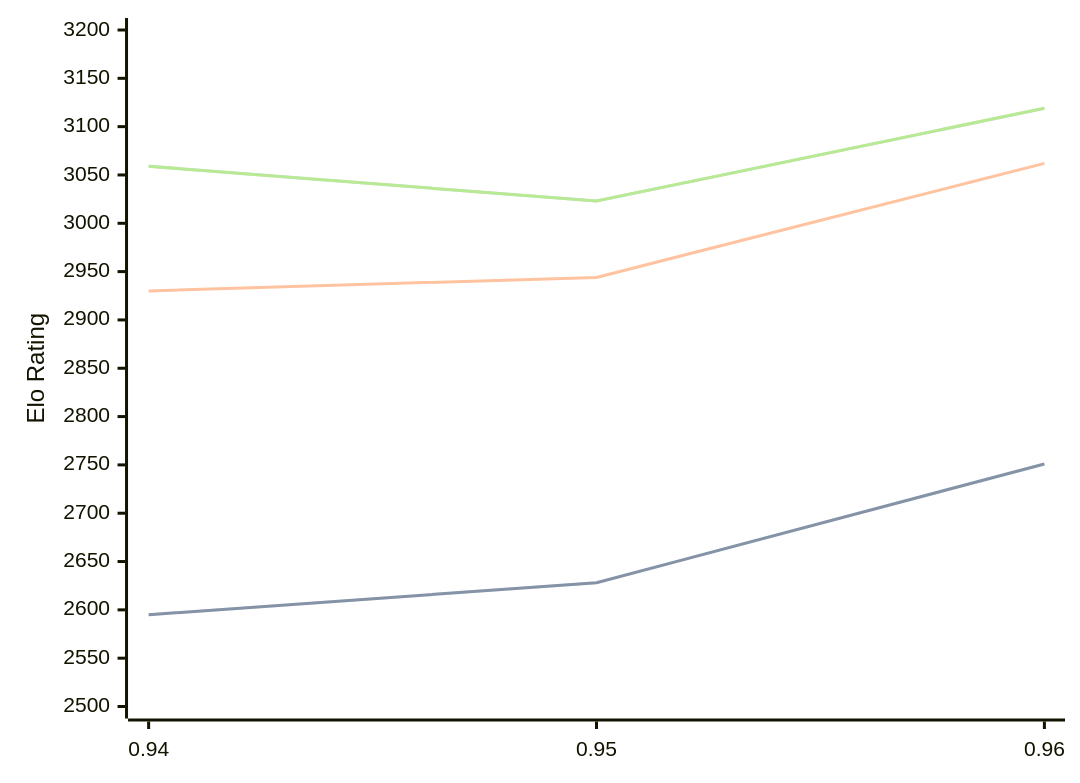
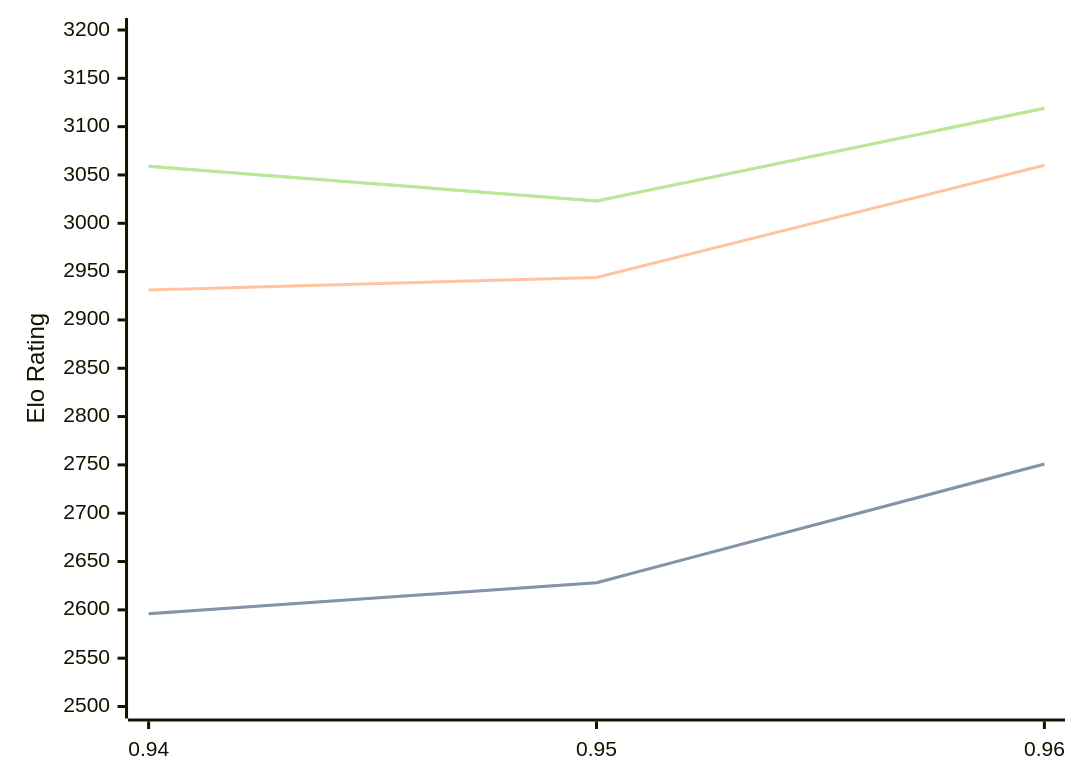
Before and after one commit to computer-chess-index/cci: the diagram in engines/Myrddin.md, drawn with Mermaid. The commit also changed other lines of this file, not shown here.

````diff
--- a/engines/Myrddin.md
+++ b/engines/Myrddin.md
@@ -33,11 +33,11 @@
 ```mermaid
 %%{init: {"theme":"base","themeVariables":{"seriesColors:['#a3a3a3','#222221','#faa371']}}}%%
 xychart-beta
   x-axis ["0.94", "0.95", "0.96"]
   y-axis "Elo Rating" 2500 --> 3200
-  line "" [2595, 2628, 2751]
-  line "STC (8.0+0.08s)" [2595, 2628, 2751]
-  line "LTC (60.0+0.60s)" [2930, 2944, 3062]
+  line "" [2596, 2628, 2751]
+  line "STC (8.0+0.08s)" [2596, 2628, 2751]
+  line "LTC (60.0+0.60s)" [2931, 2944, 3060]
   line "" [3059, 3023, 3119]
   line "VLTC (2m24s+1.12s)" [3059, 3023, 3119]
 ```
````
